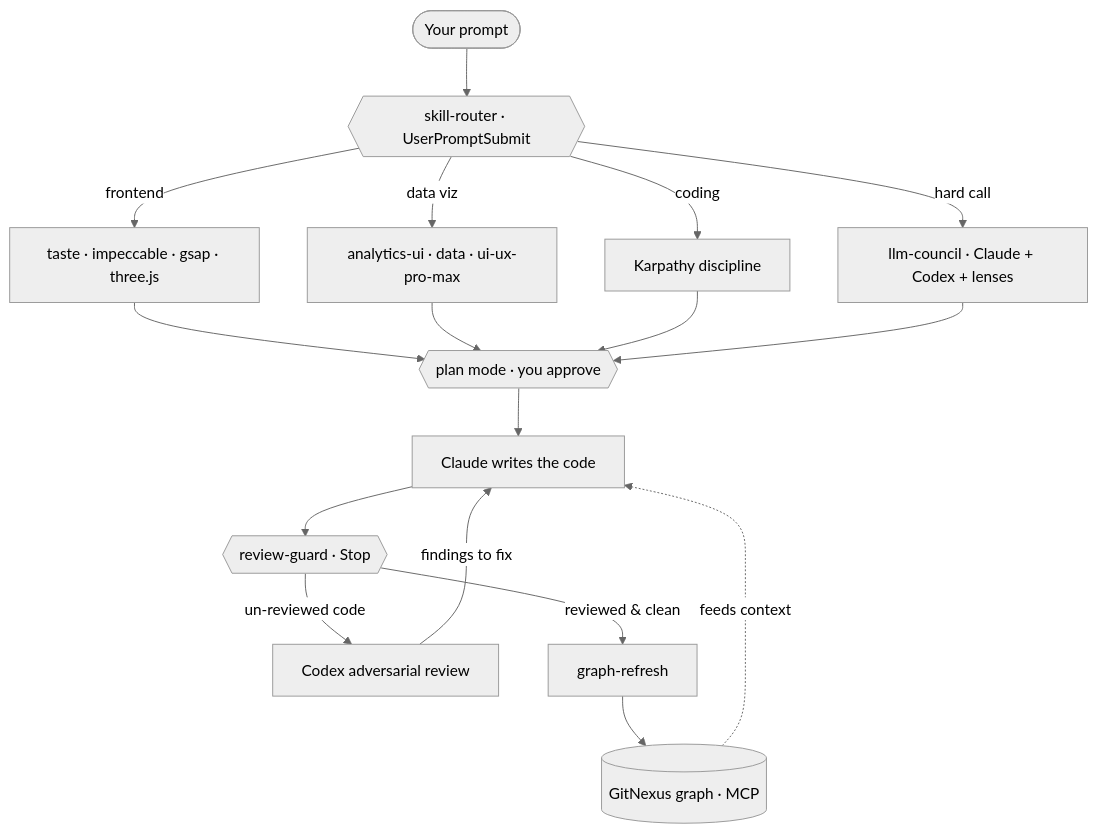
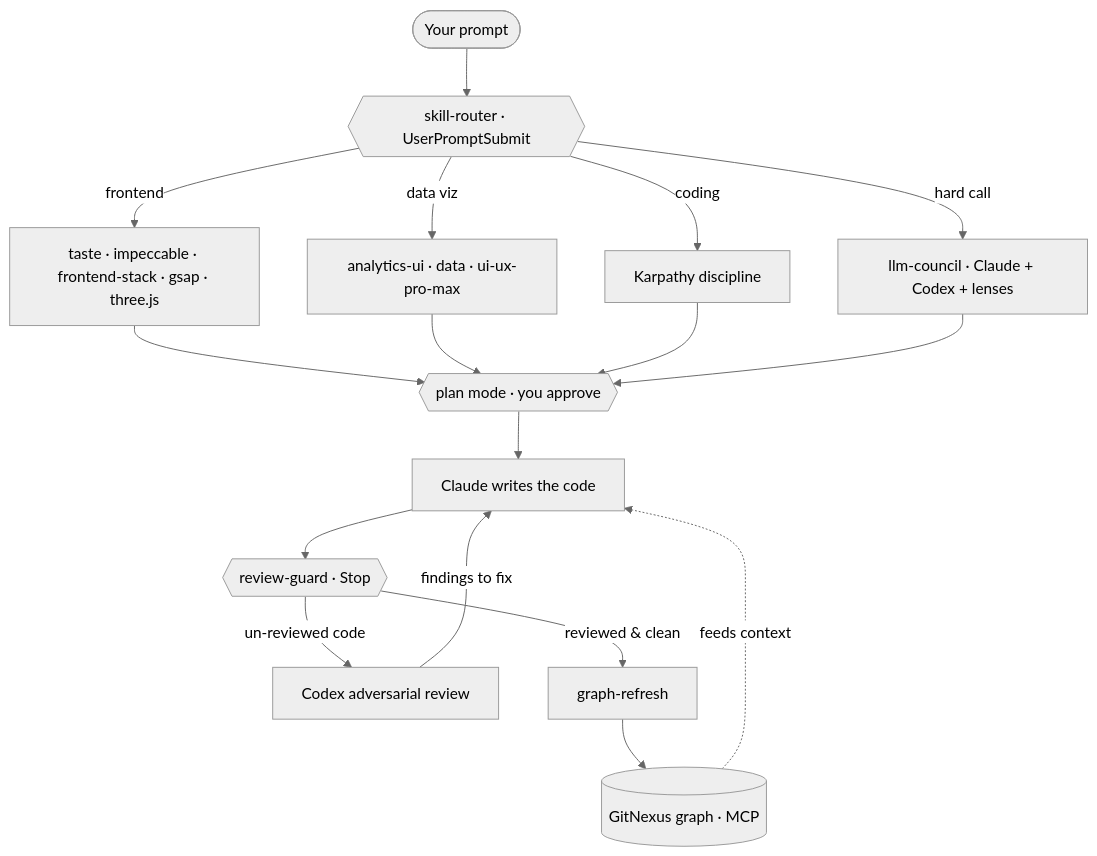
Before and after one commit to IdoCohen560/CStack: the diagram in README.md, drawn with Mermaid (neutral theme). The commit also changed other lines of this file and 2 other files, not shown here.

First line of the commit message:
Add frontend-stack skill: curated component-library stack

````diff
--- a/README.md
+++ b/README.md
@@ -89,19 +89,19 @@
 ```mermaid
 flowchart TD
     P([Your prompt]) --> RT{{skill-router · UserPromptSubmit}}
-    RT -->|frontend| SK[taste · impeccable · gsap · three.js]
+    RT -->|frontend| SK[taste · impeccable · frontend-stack · gsap · three.js]
     RT -->|data viz| DV[analytics-ui · data · ui-ux-pro-max]
     RT -->|coding| KP[Karpathy discipline]
     RT -->|hard call| CO[llm-council · Claude + Codex + lenses]
     SK --> PL
     DV --> PL
     KP --> PL
     CO --> PL
     PL{{plan mode · you approve}} --> W[Claude writes the code]
     KG[(GitNexus graph · MCP)] -. feeds context .-> W
     W --> RG{{review-guard · Stop}}
     RG -->|un-reviewed code| CX[Codex adversarial review]
     CX -->|findings to fix| W
     RG -->|reviewed & clean| GR[graph-refresh]
     GR --> KG
 ```
````
